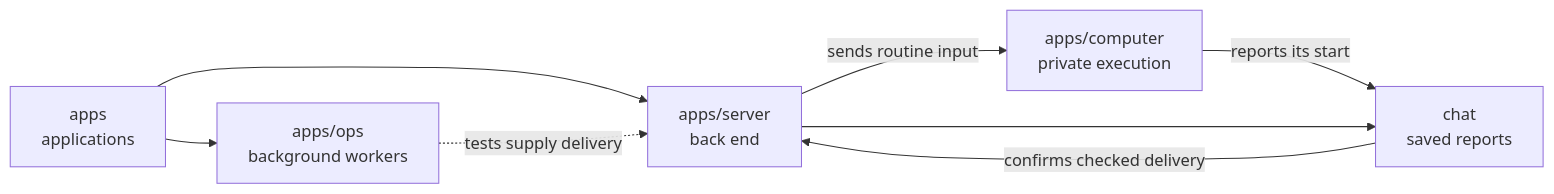
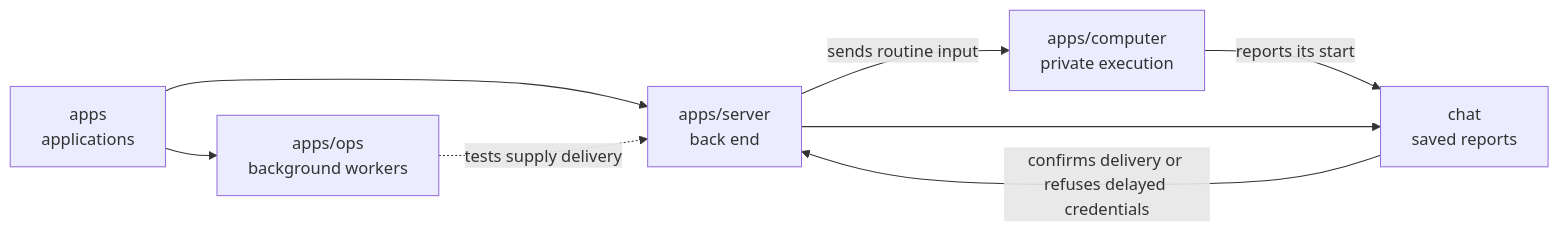
The diagram in docs/process/p4-24-pr10h/README.md (elewa-git/opencrane-new), drawn with Mermaid before and after one commit. The commit also changed other lines of this file and 18 other files, not shown here.

````diff
--- a/docs/process/p4-24-pr10h/README.md
+++ b/docs/process/p4-24-pr10h/README.md
@@ -14,10 +14,10 @@
 ```mermaid
 flowchart LR
   apps["apps<br/>applications"] --> server["apps/server<br/>back end"]
   apps --> ops["apps/ops<br/>background workers"]
   ops -.->|tests supply delivery| server
   server -->|sends routine input| computer["apps/computer<br/>private execution"]
   computer -->|reports its start| chat["chat<br/>saved reports"]
   server --> chat
-  chat -->|confirms checked delivery| server
+  chat -->|confirms delivery or refuses delayed credentials| server
 ```
````
